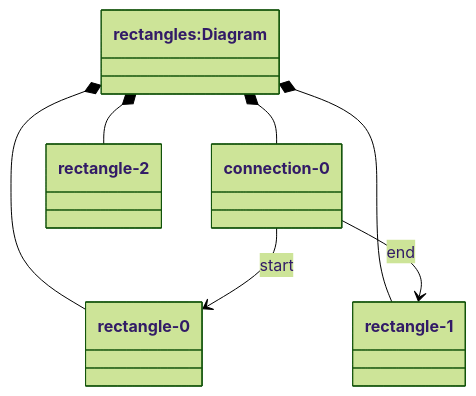
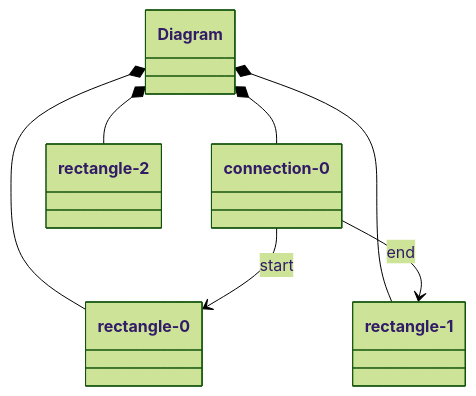
One commit to LionWeb-io/lionweb-server changed the second of 2 diagrams in packages/test/shapes/shapes.md. Above: the diagram before and after it, drawn with Mermaid. The commit also changed other lines of this file and 50 other files, not shown here.

````diff
--- a/packages/test/shapes/shapes.md
+++ b/packages/test/shapes/shapes.md
@@ -81,18 +84,19 @@
 ```mermaid
 %%{init: {'theme': 'forest'} }%%
     classDiagram
     direction TD
     %% other possibilites: LR RL DT TB (same as TD)
-    class `rectangles:Diagram`  {
+    class rectangles["Diagram"]  {
     }
     class `rectangle-0` {
     }
     class `connection-0` {
     }
-`rectangles:Diagram` *-- `connection-0`
-`rectangles:Diagram` *-- `rectangle-0`
-`rectangles:Diagram` *-- `rectangle-1`
-`rectangles:Diagram` *-- `rectangle-2`
+   
+rectangles *-- `connection-0`
+rectangles *-- `rectangle-0`
+rectangles *-- `rectangle-1`
+rectangles *-- `rectangle-2`
 `connection-0` --> `rectangle-0` : start
 `connection-0` --> `rectangle-1` : end
 ```
````
